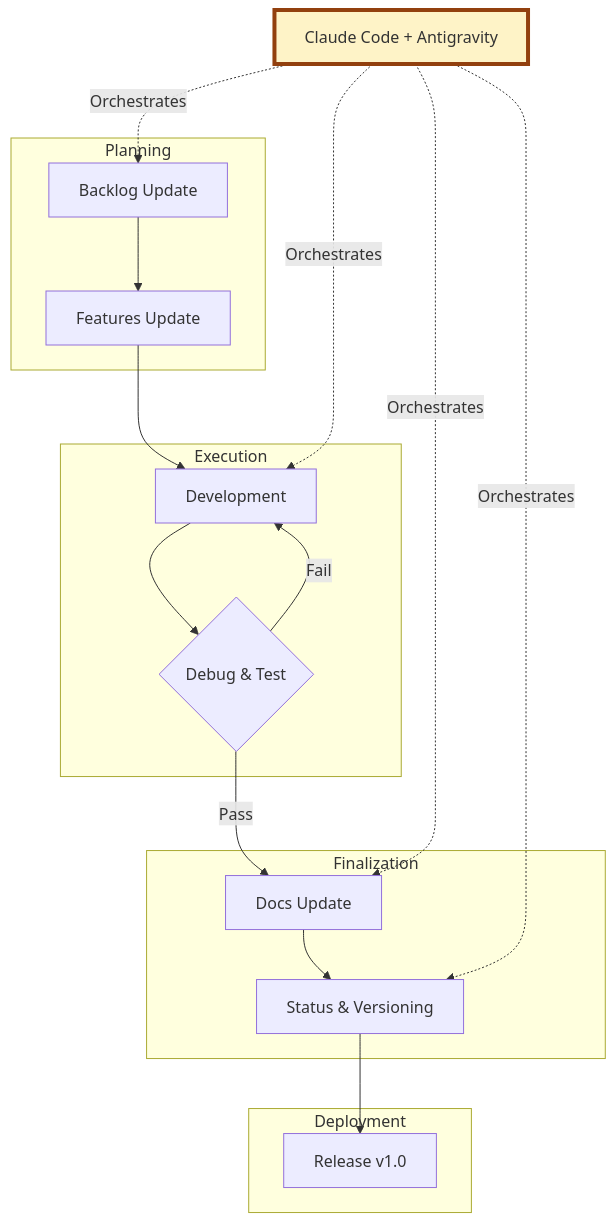
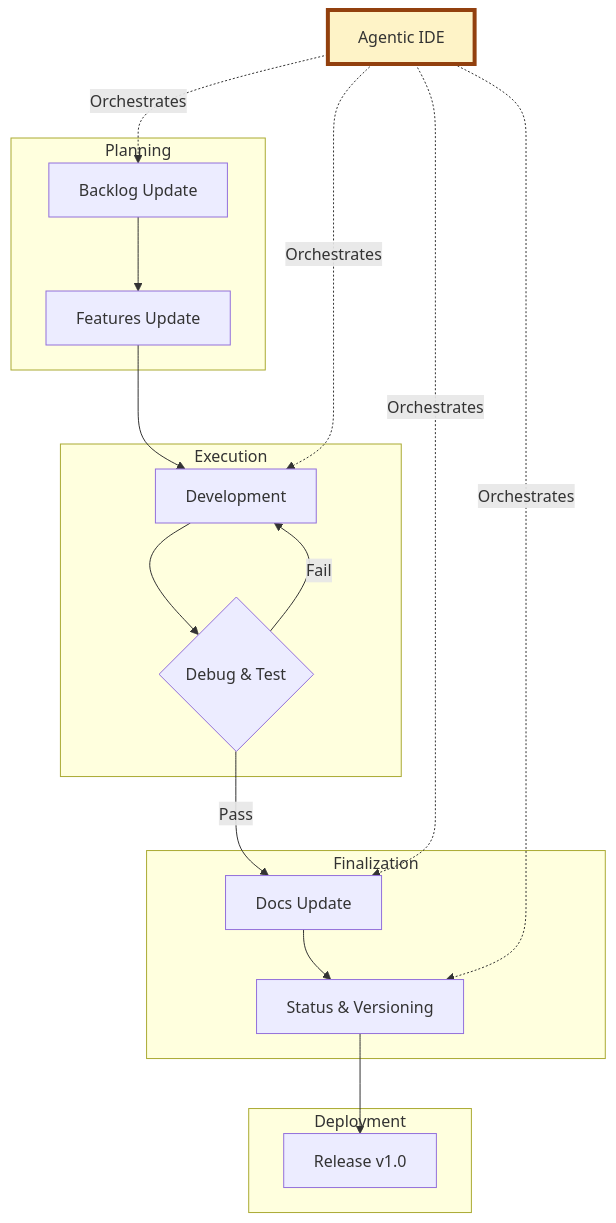
One commit to gsannikov/Exocortex changed the fourth of 4 diagrams in shared/marketing/article-1-building-production-grade-skills.md. Above: the diagram before and after it, drawn with Mermaid. The commit also changed other lines of this file and 8 other files, not shown here.

````diff
--- a/shared/marketing/article-1-building-production-grade-skills.md
+++ b/shared/marketing/article-1-building-production-grade-skills.md
@@ -239,28 +239,28 @@
 ```mermaid
 flowchart TD
     subgraph Planning
     A[Backlog Update] --> B[Features Update]
     end
     
     subgraph Execution
     B --> C[Development]
     C --> D{"Debug & Test"}
     D -->|Fail| C
     end
     
     subgraph Finalization
     D -->|Pass| E[Docs Update]
     E --> F[Status & Versioning]
     end
     
     subgraph Deployment
     F --> G[Release v1.0]
     end
     
-    IDE[Claude Code + Antigravity] -.->|Orchestrates| A
+    IDE[Agentic IDE] -.->|Orchestrates| A
     IDE -.->|Orchestrates| C
     IDE -.->|Orchestrates| E
     IDE -.->|Orchestrates| F
     
     style IDE fill:#fef3c7,stroke:#92400e,stroke-width:4px
 ```
````
